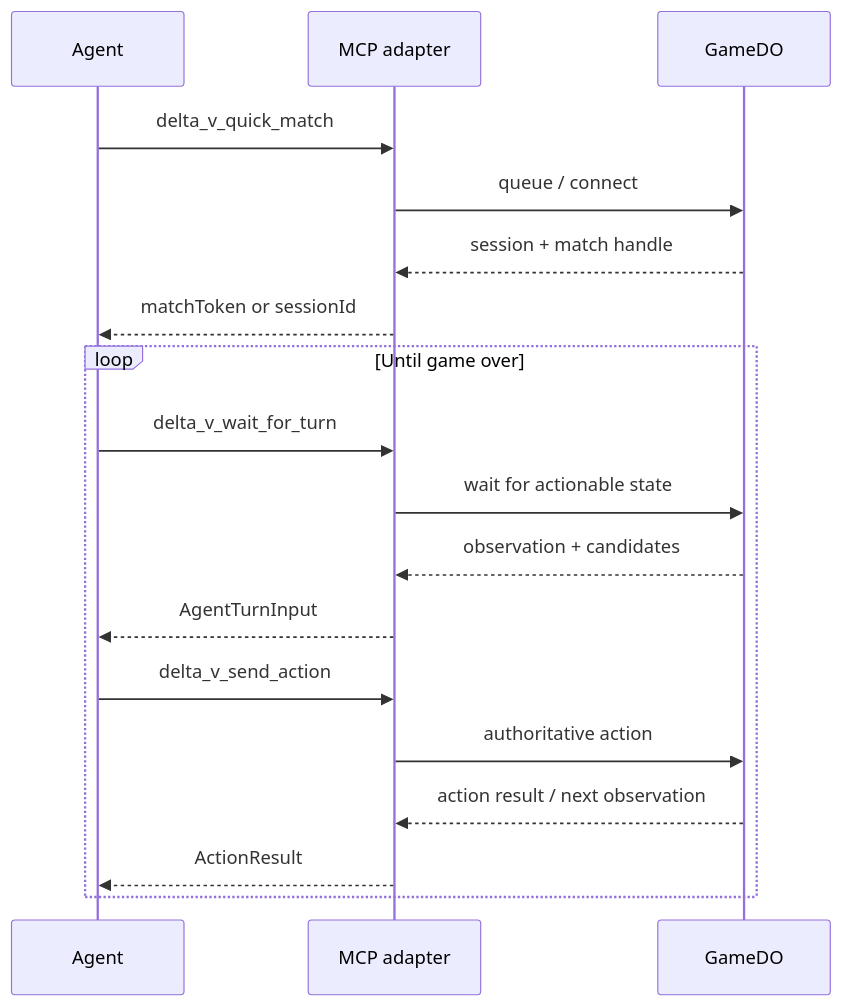
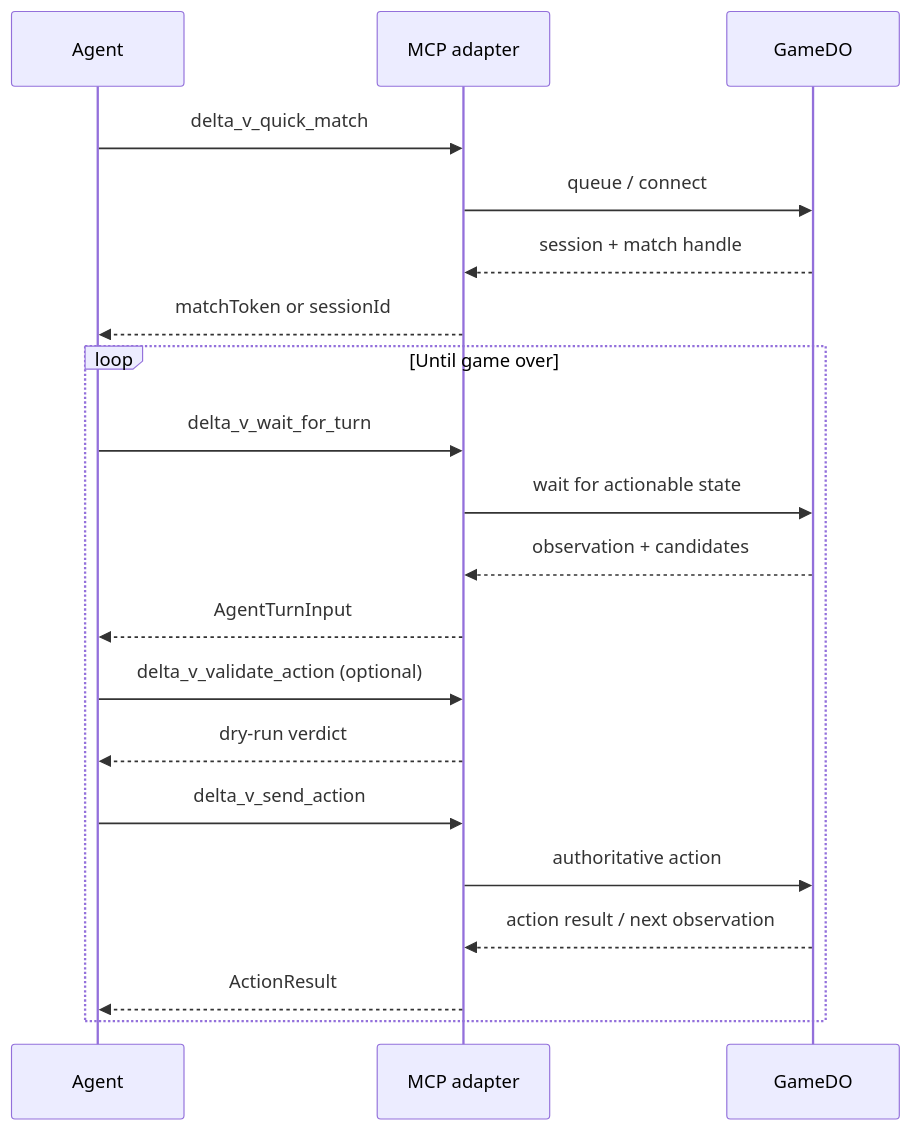
One commit to tre-systems/delta-v changed the second of 2 diagrams in AGENT_SPEC.md. Above: the diagram before and after it, drawn with Mermaid. The commit also changed other lines of this file and 33 other files, not shown here.

````diff
--- a/AGENT_SPEC.md
+++ b/AGENT_SPEC.md
@@ -91,21 +91,23 @@
 ```mermaid
 sequenceDiagram
   participant A as Agent
   participant M as MCP adapter
   participant G as GameDO
 
   A->>M: delta_v_quick_match
   M->>G: queue / connect
   G-->>M: session + match handle
   M-->>A: matchToken or sessionId
   loop Until game over
     A->>M: delta_v_wait_for_turn
     M->>G: wait for actionable state
     G-->>M: observation + candidates
     M-->>A: AgentTurnInput
+    A->>M: delta_v_validate_action (optional)
+    M-->>A: dry-run verdict
     A->>M: delta_v_send_action
     M->>G: authoritative action
     G-->>M: action result / next observation
     M-->>A: ActionResult
   end
 ```
````
